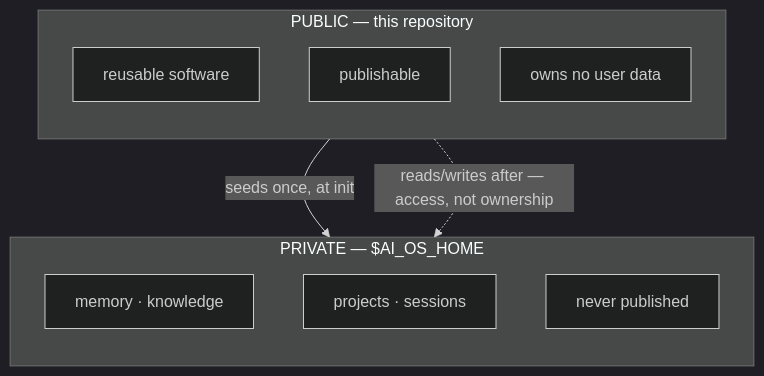
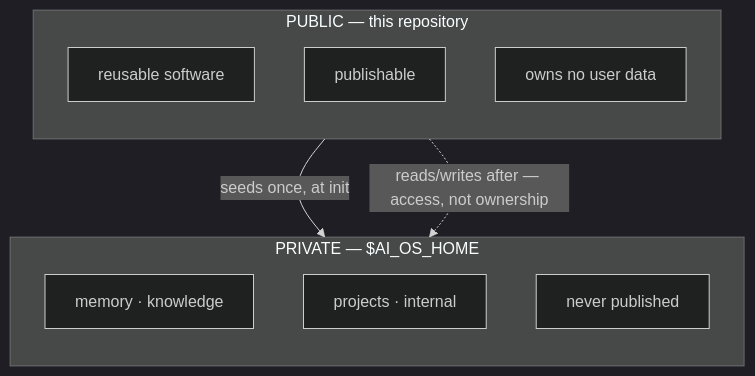
Before and after one commit to amoree-code/atlas: the first of 2 diagrams in README.md, drawn with Mermaid (dark theme). The commit also changed other lines of this file and 23 other files, not shown here.

````diff
--- a/README.md
+++ b/README.md
@@ -23,17 +23,17 @@
 ```mermaid
 flowchart TB
     subgraph PUB["PUBLIC — this repository"]
         direction TB
         P1["reusable software"]
         P2["publishable"]
         P3["owns no user data"]
     end
     subgraph PRIV["PRIVATE — $AI_OS_HOME"]
         direction TB
         R1["memory · knowledge"]
-        R2["projects · sessions"]
+        R2["projects · internal"]
         R3["never published"]
     end
     PUB -->|"seeds once, at init"| PRIV
     PUB -.->|"reads/writes after — access, not ownership"| PRIV
 ```
````
